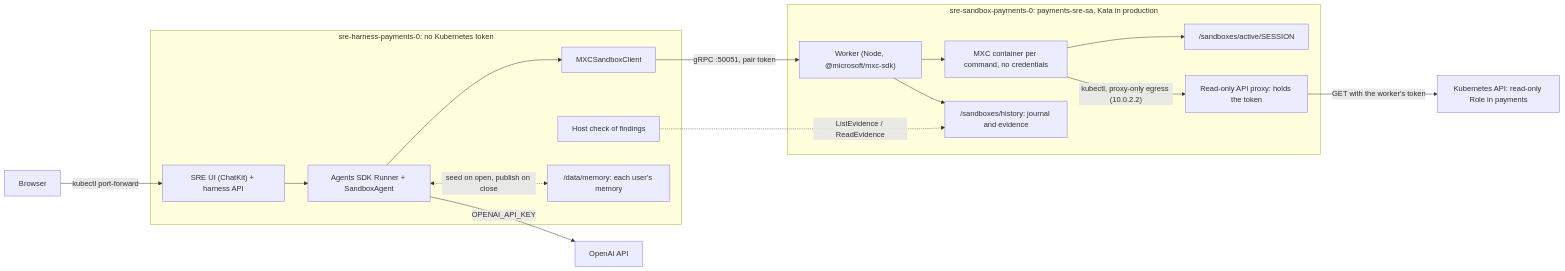
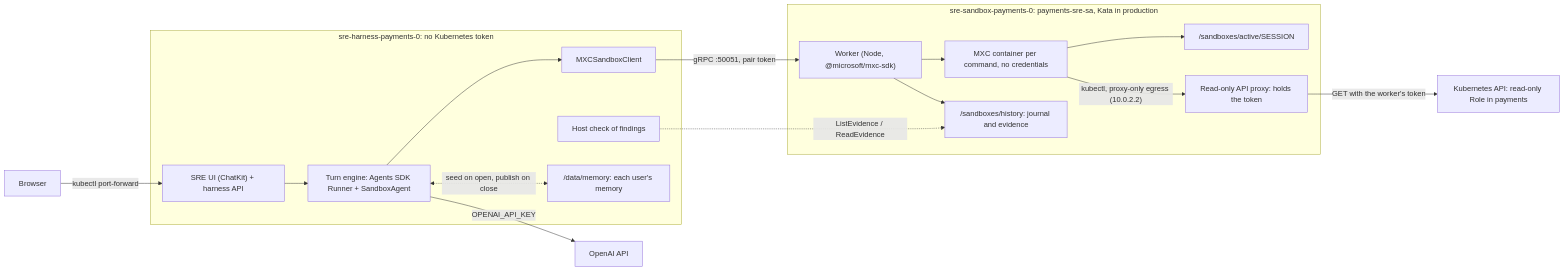
One commit to SatyKrish/openai-agent-microsandbox changed the diagram in docs/architecture.md. Above: the diagram before and after it, drawn with Mermaid. The commit also changed other lines of this file and 14 other files, not shown here.

````diff
--- a/docs/architecture.md
+++ b/docs/architecture.md
@@ -11,22 +11,22 @@
 ```mermaid
 flowchart LR
     Browser -->|kubectl port-forward| UI
     subgraph Harness["sre-harness-payments-0: no Kubernetes token"]
-        UI["SRE UI (ChatKit) + harness API"] --> Loop["Agents SDK Runner + SandboxAgent"]
+        UI["SRE UI (ChatKit) + harness API"] --> Loop["Turn engine: Agents SDK Runner + SandboxAgent"]
         Loop --> Client["MXCSandboxClient"]
         Check["Host check of findings"]
         Memory["/data/memory: each user's memory"]
         Loop <-.->|"seed on open, publish on close"| Memory
     end
     Loop -->|"OPENAI_API_KEY"| API["OpenAI API"]
     Client -->|"gRPC :50051, pair token"| Worker
     subgraph Sandbox["sre-sandbox-payments-0: payments-sre-sa, Kata in production"]
         Worker["Worker (Node, @microsoft/mxc-sdk)"]
         Worker --> Container["MXC container per command, no credentials"]
         Worker --> Journal["/sandboxes/history: journal and evidence"]
         Container --> Workspace["/sandboxes/active/SESSION"]
         Container -->|"kubectl, proxy-only egress (10.0.2.2)"| Proxy["Read-only API proxy: holds the token"]
     end
     Proxy -->|"GET with the worker's token"| K8s["Kubernetes API: read-only Role in payments"]
     Check -.->|"ListEvidence / ReadEvidence"| Journal
 ```
````
